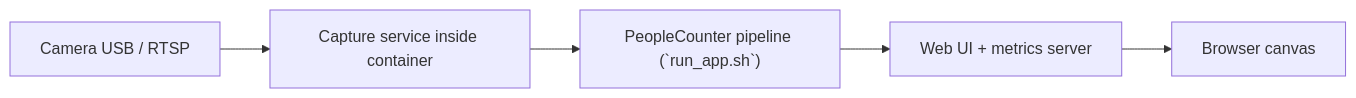
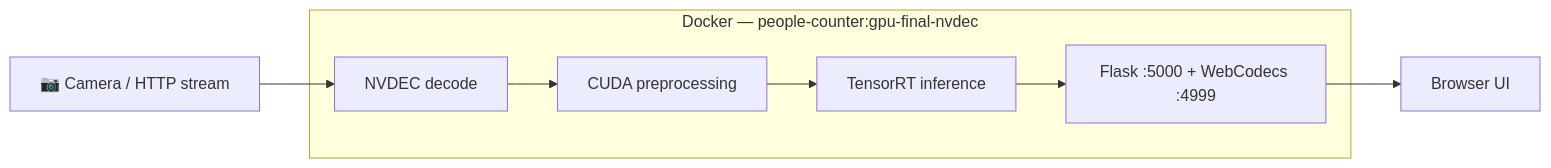
Before and after one commit to Nutz95/PeopleCounter: the diagram in README_DOCKER.md, drawn with Mermaid. The commit also changed other lines of this file and 10 other files, not shown here.

First line of the commit message:
Enhance performance analysis documentation and GPU preprocessing pipeline

````diff
--- a/README_DOCKER.md
+++ b/README_DOCKER.md
@@ -40,13 +171,13 @@
 ```mermaid
 flowchart LR
-    CameraUSB["Camera USB / RTSP"]
-    CaptureService["Capture service inside container"]
-    Pipeline["PeopleCounter pipeline (`run_app.sh`)"]
-    Metrics["Web UI + metrics server"]
-    Browser["Browser canvas"]
+    cam["📷 Camera / HTTP stream"]
+    subgraph docker["Docker — people-counter:gpu-final-nvdec"]
+        nvdec["NVDEC decode"]
+        preproc["CUDA preprocessing"]
+        trt["TensorRT inference"]
+        flask["Flask :5000 + WebCodecs :4999"]
+    end
+    browser["Browser UI"]
 
-    CameraUSB --> CaptureService
-    CaptureService --> Pipeline
-    Pipeline --> Metrics
-    Metrics --> Browser
+    cam --> nvdec --> preproc --> trt --> flask --> browser
 ```
````
